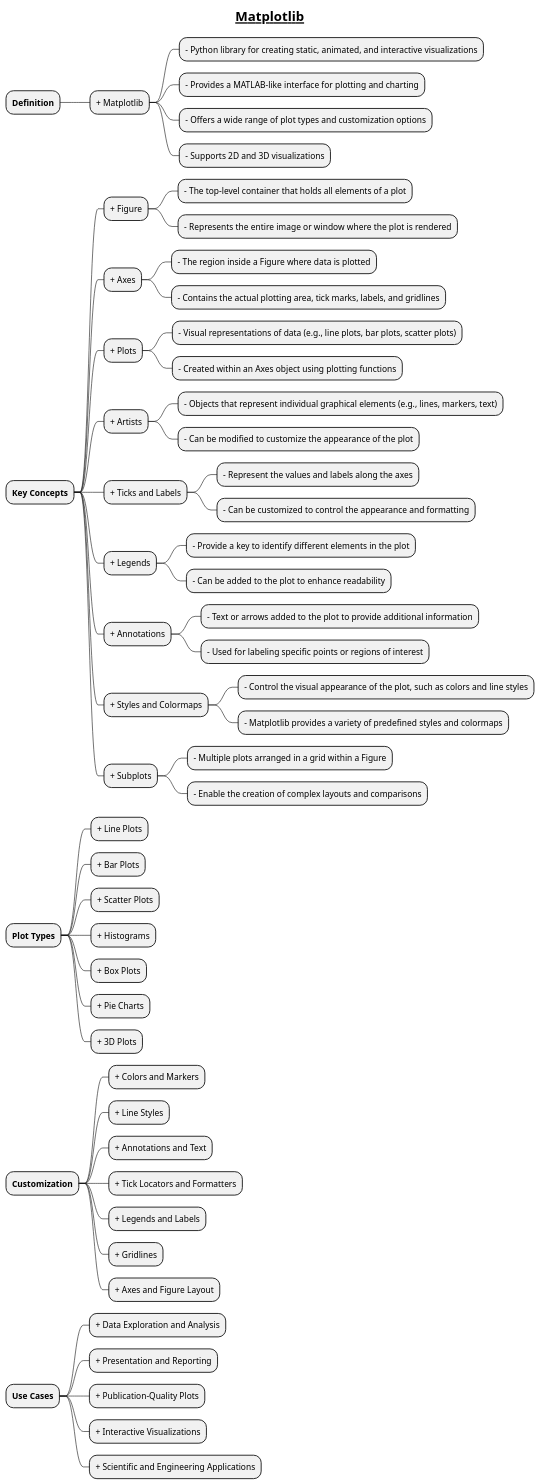
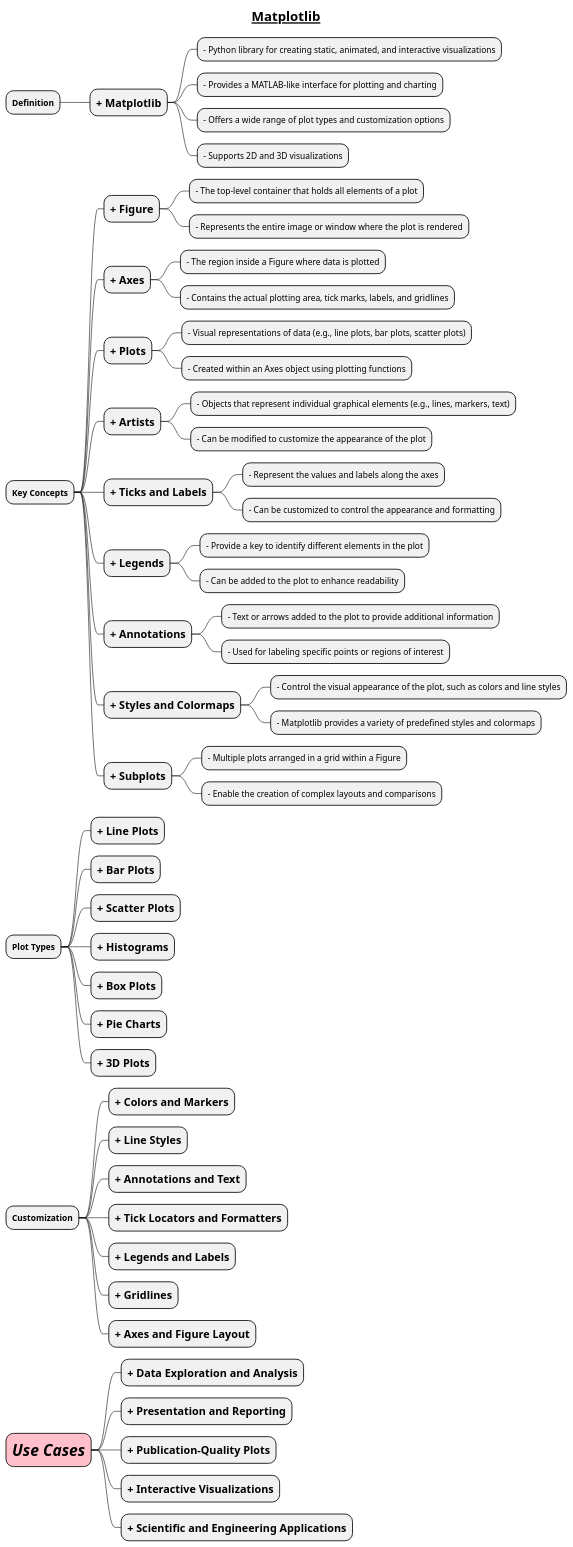
Before and after one commit to MehmoodHashmi/Documentation-as-Code-DaC: the diagram in docs/AI-ML- DL-Data-Science-and-BigData/data-science-with-python/2-data-visualization/1-Matplotlib.puml, drawn with PlantUML. The commit also changed 24 other files, not shown here.

```diff
--- a/docs/AI-ML- DL-Data-Science-and-BigData/data-science-with-python/2-data-visualization/1-Matplotlib.puml
+++ b/docs/AI-ML- DL-Data-Science-and-BigData/data-science-with-python/2-data-visualization/1-Matplotlib.puml
@@ -1,66 +1,66 @@
 @startmindmap
 
 title =__ Matplotlib __
 
 * **Definition**
-** + Matplotlib
+** =+ Matplotlib
 *** - Python library for creating static, animated, and interactive visualizations
 *** - Provides a MATLAB-like interface for plotting and charting
 *** - Offers a wide range of plot types and customization options
 *** - Supports 2D and 3D visualizations
 
 * **Key Concepts**
-** + Figure
+** =+ Figure
 *** - The top-level container that holds all elements of a plot
 *** - Represents the entire image or window where the plot is rendered
-** + Axes
+** =+ Axes
 *** - The region inside a Figure where data is plotted
 *** - Contains the actual plotting area, tick marks, labels, and gridlines
-** + Plots
+** =+ Plots
 *** - Visual representations of data (e.g., line plots, bar plots, scatter plots)
 *** - Created within an Axes object using plotting functions
-** + Artists
+** =+ Artists
 *** - Objects that represent individual graphical elements (e.g., lines, markers, text)
 *** - Can be modified to customize the appearance of the plot
-** + Ticks and Labels
+** =+ Ticks and Labels
 *** - Represent the values and labels along the axes
 *** - Can be customized to control the appearance and formatting
-** + Legends
+** =+ Legends
 *** - Provide a key to identify different elements in the plot
 *** - Can be added to the plot to enhance readability
-** + Annotations
+** =+ Annotations
 *** - Text or arrows added to the plot to provide additional information
 *** - Used for labeling specific points or regions of interest
-** + Styles and Colormaps
+** =+ Styles and Colormaps
 *** - Control the visual appearance of the plot, such as colors and line styles
 *** - Matplotlib provides a variety of predefined styles and colormaps
-** + Subplots
+** =+ Subplots
 *** - Multiple plots arranged in a grid within a Figure
 *** - Enable the creation of complex layouts and comparisons
 
 * **Plot Types**
-** + Line Plots
-** + Bar Plots
-** + Scatter Plots
-** + Histograms
-** + Box Plots
-** + Pie Charts
-** + 3D Plots
+** =+ Line Plots
+** =+ Bar Plots
+** =+ Scatter Plots
+** =+ Histograms
+** =+ Box Plots
+** =+ Pie Charts
+** =+ 3D Plots
 
 * **Customization**
-** + Colors and Markers
-** + Line Styles
-** + Annotations and Text
-** + Tick Locators and Formatters
-** + Legends and Labels
-** + Gridlines
-** + Axes and Figure Layout
+** =+ Colors and Markers
+** =+ Line Styles
+** =+ Annotations and Text
+** =+ Tick Locators and Formatters
+** =+ Legends and Labels
+** =+ Gridlines
+** =+ Axes and Figure Layout
 
-* **Use Cases**
-** + Data Exploration and Analysis
-** + Presentation and Reporting
-** + Publication-Quality Plots
-** + Interactive Visualizations
-** + Scientific and Engineering Applications
+*[#pink] =//**Use Cases**//
+** =+ Data Exploration and Analysis
+** =+ Presentation and Reporting
+** =+ Publication-Quality Plots
+** =+ Interactive Visualizations
+** =+ Scientific and Engineering Applications
 
 @endmindmap
```
